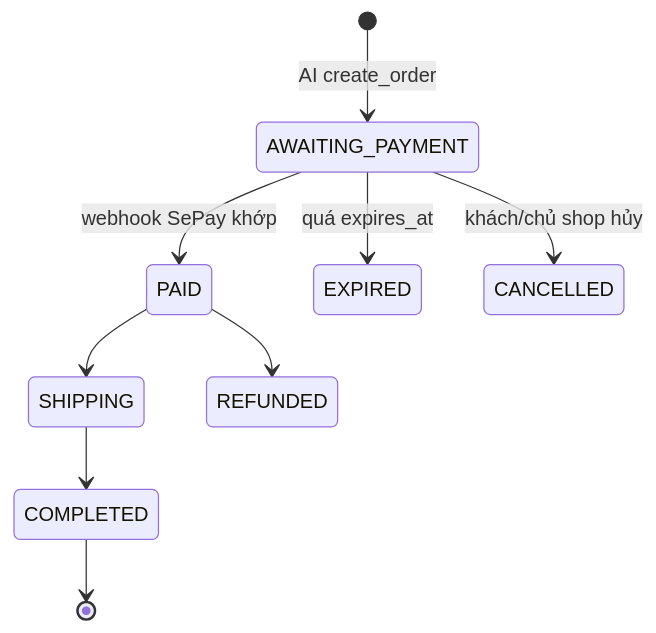
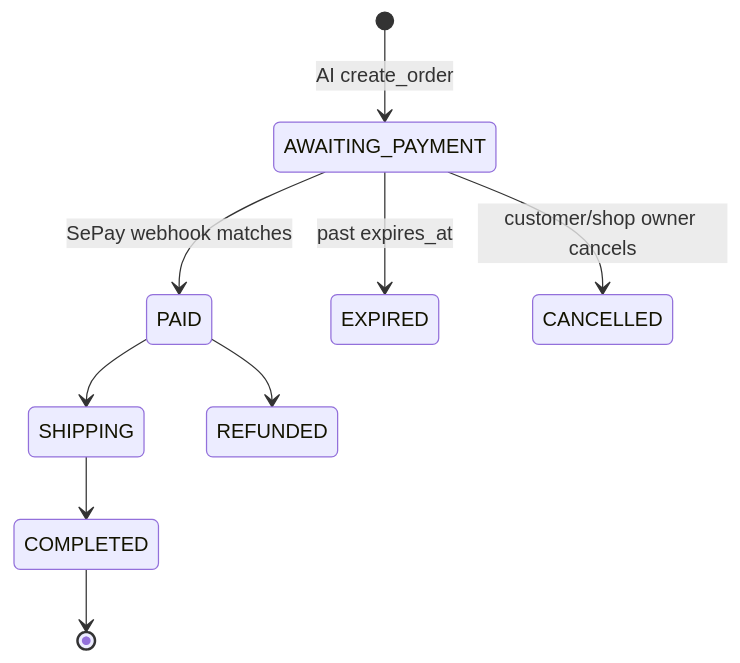
One commit to TDVien05/ai_ecommerce_assisstant changed the diagram in docs/DATABASE.md. Above: the diagram before and after it, drawn with Mermaid. The commit also changed other lines of this file and 8 other files, not shown here.

````diff
--- a/docs/DATABASE.md
+++ b/docs/DATABASE.md
@@ -98,11 +98,11 @@
 ```mermaid
 stateDiagram-v2
   [*] --> AWAITING_PAYMENT: AI create_order
-  AWAITING_PAYMENT --> PAID: webhook SePay khớp
-  AWAITING_PAYMENT --> EXPIRED: quá expires_at
-  AWAITING_PAYMENT --> CANCELLED: khách/chủ shop hủy
+  AWAITING_PAYMENT --> PAID: SePay webhook matches
+  AWAITING_PAYMENT --> EXPIRED: past expires_at
+  AWAITING_PAYMENT --> CANCELLED: customer/shop owner cancels
   PAID --> SHIPPING
   SHIPPING --> COMPLETED
   PAID --> REFUNDED
   COMPLETED --> [*]
 ```
````
